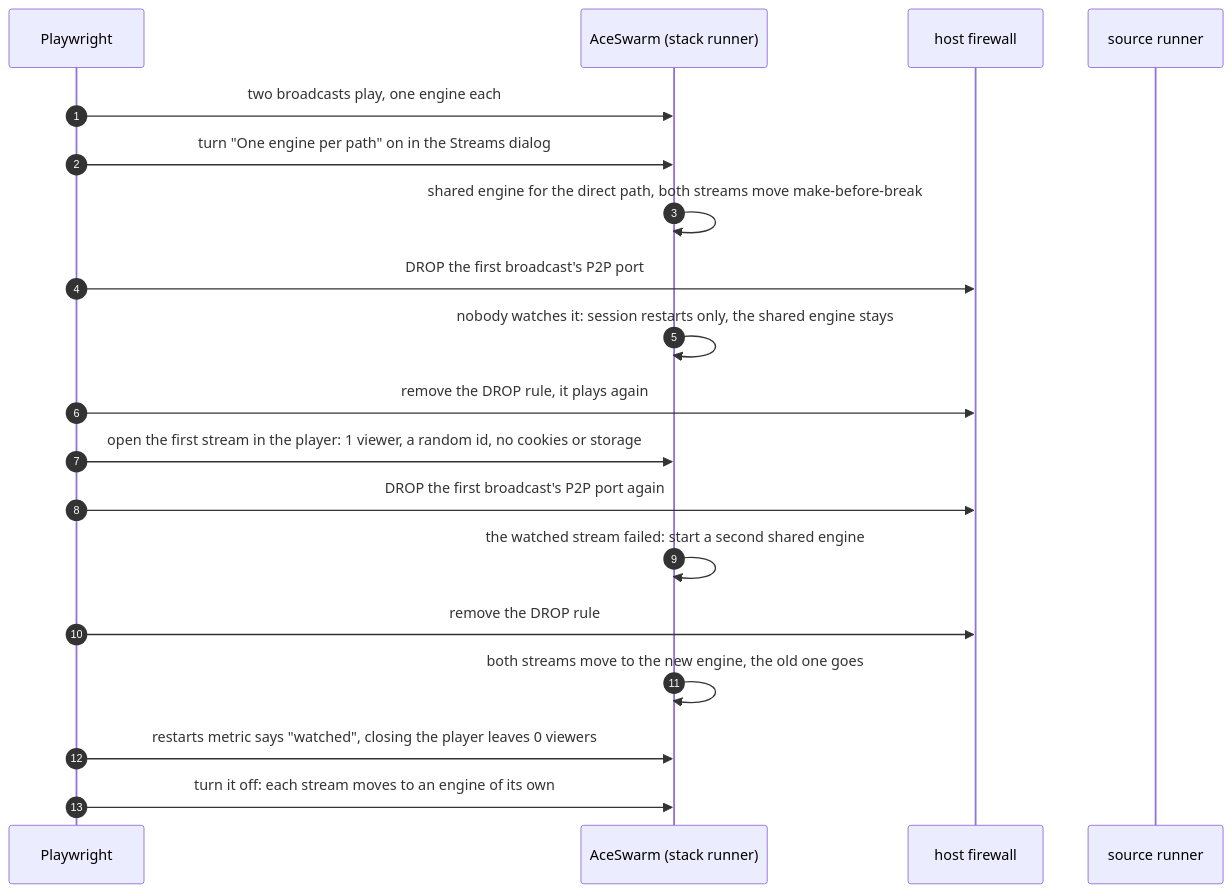
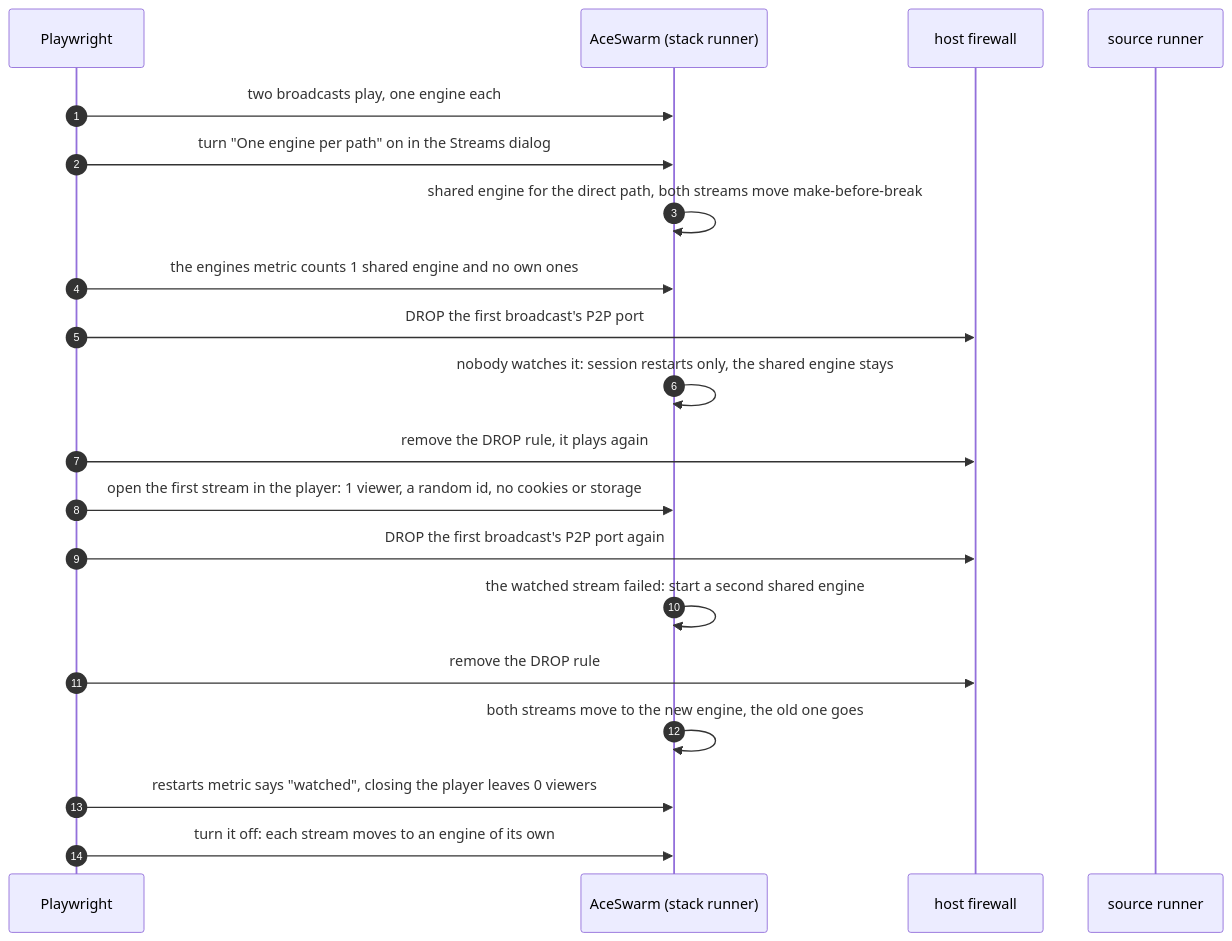
Before and after one commit to sergimn/AceSwarm: the tenth of 12 diagrams in e2e/README.md, drawn with Mermaid. The commit also changed other lines of this file and 10 other files, not shown here.

````diff
--- a/e2e/README.md
+++ b/e2e/README.md
@@ -272,21 +272,22 @@
 ```mermaid
 sequenceDiagram
   autonumber
   participant T as Playwright
   participant AS as AceSwarm (stack runner)
   participant FW as host firewall
   participant SRC as source runner
   T->>AS: two broadcasts play, one engine each
   T->>AS: turn "One engine per path" on in the Streams dialog
   AS->>AS: shared engine for the direct path, both streams move make-before-break
+  T->>AS: the engines metric counts 1 shared engine and no own ones
   T->>FW: DROP the first broadcast's P2P port
   AS->>AS: nobody watches it: session restarts only, the shared engine stays
   T->>FW: remove the DROP rule, it plays again
   T->>AS: open the first stream in the player: 1 viewer, a random id, no cookies or storage
   T->>FW: DROP the first broadcast's P2P port again
   AS->>AS: the watched stream failed: start a second shared engine
   T->>FW: remove the DROP rule
   AS->>AS: both streams move to the new engine, the old one goes
   T->>AS: restarts metric says "watched", closing the player leaves 0 viewers
   T->>AS: turn it off: each stream moves to an engine of its own
 ```
````
